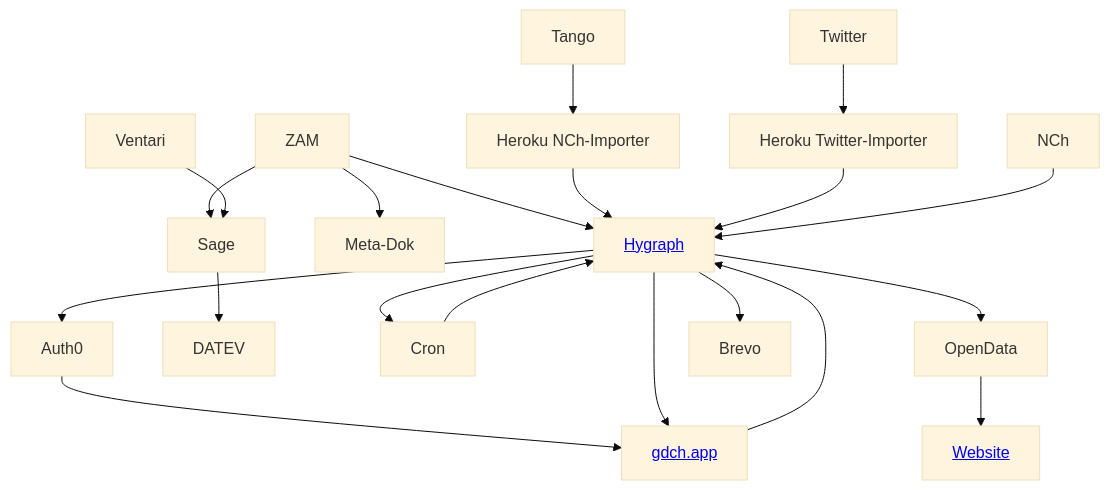
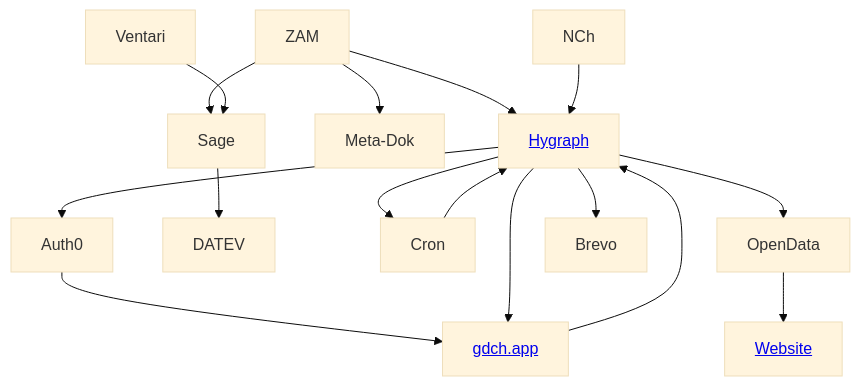
The diagram in infrastructure.md (GDCh-de/docs), drawn with Mermaid (base theme) before and after one commit.

````diff
--- a/infrastructure.md
+++ b/infrastructure.md
@@ -3,13 +3,11 @@
 ```mermaid
 graph TD;
   Hygraph[<a href='/GDCh-de/docs/blob/main/hygraph.md'>Hygraph</a>] --> Auth0 --> App[<a href='https://gdch.app'>gdch.app</a>] --> Hygraph --> App;
   ZAM --> Meta-Dok;
   ZAM --> Sage --> DATEV;
   Ventari --> Sage;
   Hygraph --> Cron --> Hygraph;
   ZAM --> Hygraph;
-  Tango --> Heroku2[Heroku NCh-Importer] --> Hygraph;
-  Twitter --> Heroku3[Heroku Twitter-Importer] --> Hygraph;
   Hygraph --> OpenData --> Website[<a href='https://gdch.de'>Website</a>];
   NCh --> Hygraph --> Brevo
 ```
````
